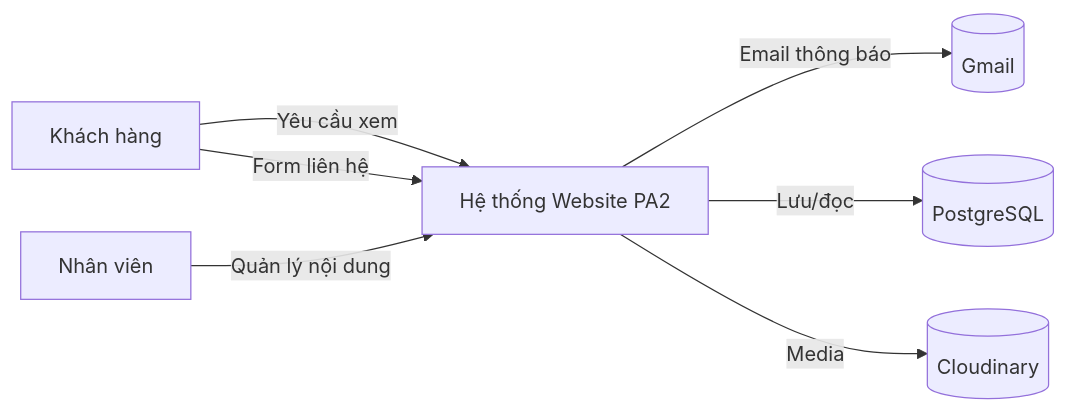
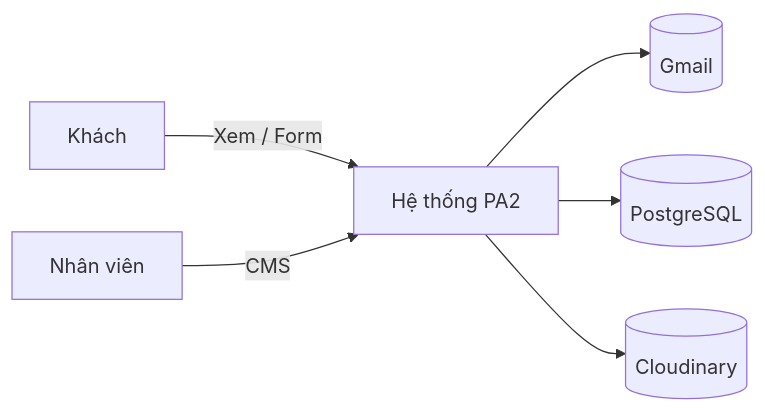
One commit to CESxMidas/thien-duc-website-frontend changed the fourth of 13 diagrams in docs/Bao-cao-Phuong-an-2-Website-Thien-Duc.md. Above: the diagram before and after it, drawn with Mermaid. The commit also changed other lines of this file and 23 other files, not shown here.

````diff
--- a/docs/Bao-cao-Phuong-an-2-Website-Thien-Duc.md
+++ b/docs/Bao-cao-Phuong-an-2-Website-Thien-Duc.md
@@ -432,9 +350,8 @@
 ```mermaid
 flowchart LR
-    K[Khách hàng] -->|Yêu cầu xem| P0[Hệ thống Website PA2]
-    K -->|Form liên hệ| P0
-    NV[Nhân viên] -->|Quản lý nội dung| P0
-    P0 -->|Email thông báo| Gmail[(Gmail)]
-    P0 -->|Lưu/đọc| DB[(PostgreSQL)]
-    P0 -->|Media| CDN[(Cloudinary)]
+    K[Khách] -->|Xem / Form| P0[Hệ thống PA2]
+    NV[Nhân viên] -->|CMS| P0
+    P0 --> Gmail[(Gmail)]
+    P0 --> DB[(PostgreSQL)]
+    P0 --> CDN[(Cloudinary)]
 ```
````
